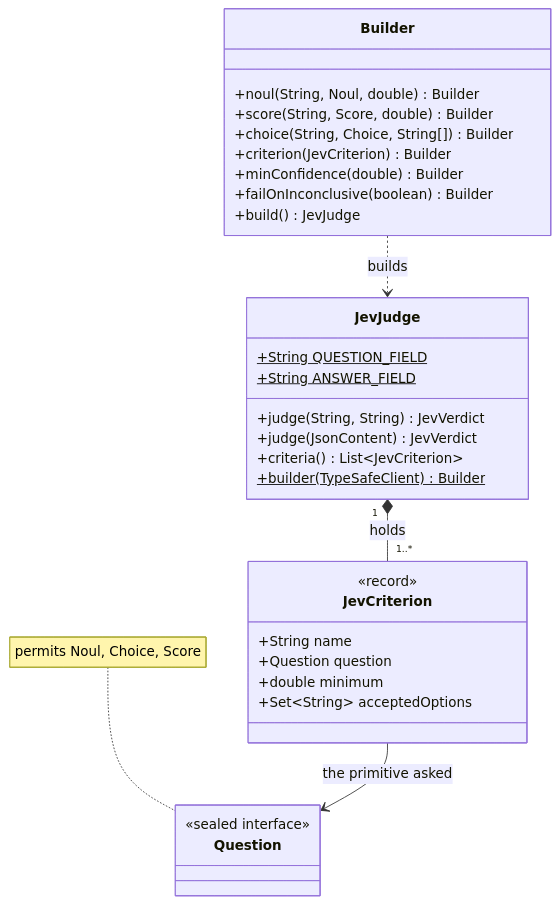
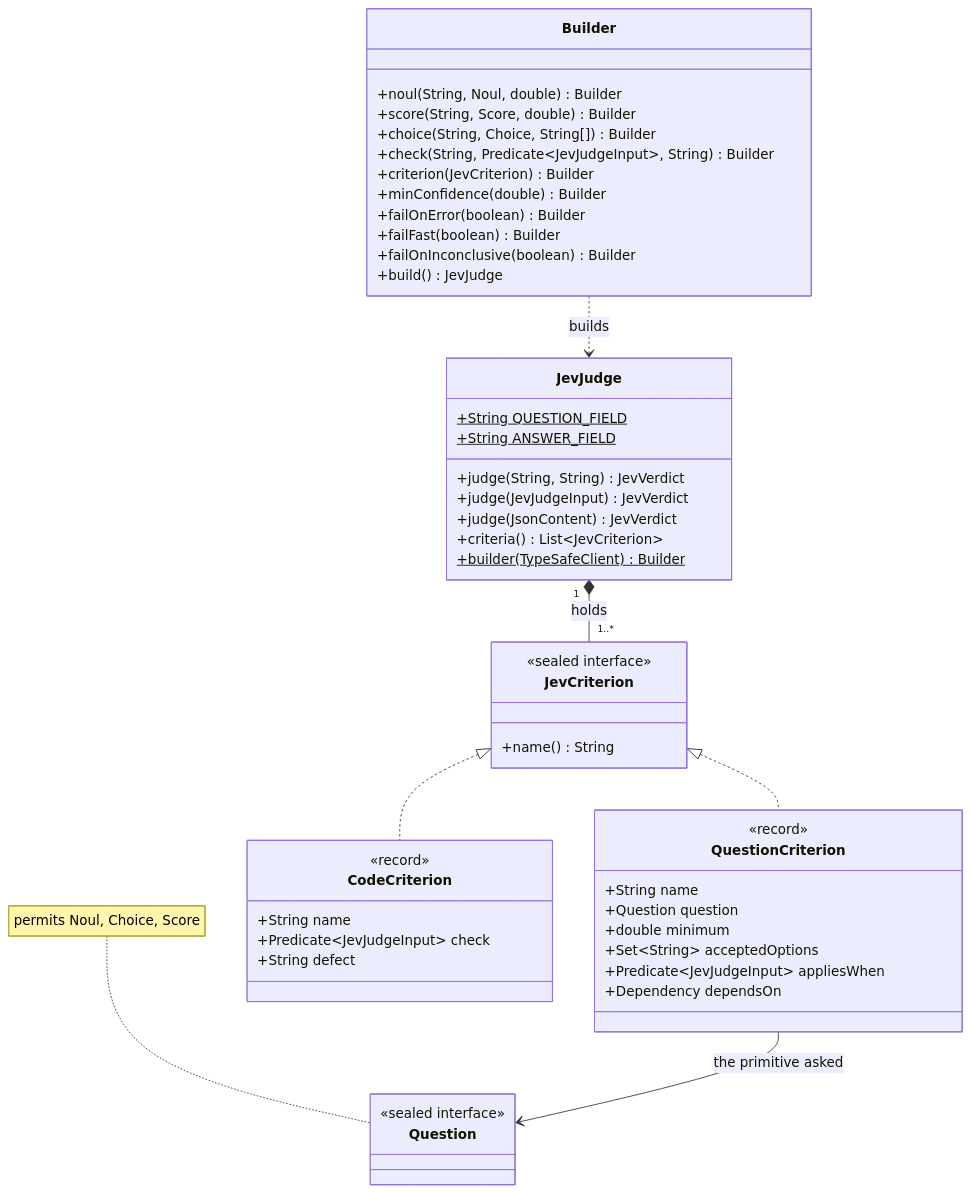
The first of 3 diagrams in docs/judge/JevJudge.md (spring-ai-community/spring-ai-typesafe), drawn with Mermaid before and after one commit. The commit also changed other lines of this file and 28 other files, not shown here.

````diff
--- a/docs/judge/JevJudge.md
+++ b/docs/judge/JevJudge.md
@@ -25,41 +28,61 @@
 ```mermaid
 classDiagram
     direction TB
 
     class Builder {
         +noul(String, Noul, double) Builder
         +score(String, Score, double) Builder
         +choice(String, Choice, String[]) Builder
+        +check(String, Predicate~JevJudgeInput~, String) Builder
         +criterion(JevCriterion) Builder
         +minConfidence(double) Builder
+        +failOnError(boolean) Builder
+        +failFast(boolean) Builder
         +failOnInconclusive(boolean) Builder
         +build() JevJudge
     }
 
     class JevJudge {
         +String QUESTION_FIELD$
         +String ANSWER_FIELD$
         +judge(String, String) JevVerdict
+        +judge(JevJudgeInput) JevVerdict
         +judge(JsonContent) JevVerdict
         +criteria() List~JevCriterion~
         +builder(TypeSafeClient)$ Builder
     }
 
     class JevCriterion {
+        <<sealed interface>>
+        +name() String
+    }
+
+    class QuestionCriterion {
         <<record>>
         +String name
         +Question question
         +double minimum
         +Set~String~ acceptedOptions
+        +Predicate~JevJudgeInput~ appliesWhen
+        +Dependency dependsOn
+    }
+
+    class CodeCriterion {
+        <<record>>
+        +String name
+        +Predicate~JevJudgeInput~ check
+        +String defect
     }
 
     class Question {
         <<sealed interface>>
     }
 
     Builder ..> JevJudge : builds
     JevJudge "1" *-- "1..*" JevCriterion : holds
-    JevCriterion --> Question : the primitive asked
+    JevCriterion <|.. QuestionCriterion
+    JevCriterion <|.. CodeCriterion
+    QuestionCriterion --> Question : the primitive asked
 
     note for Question "permits Noul, Choice, Score"
 ```
````
